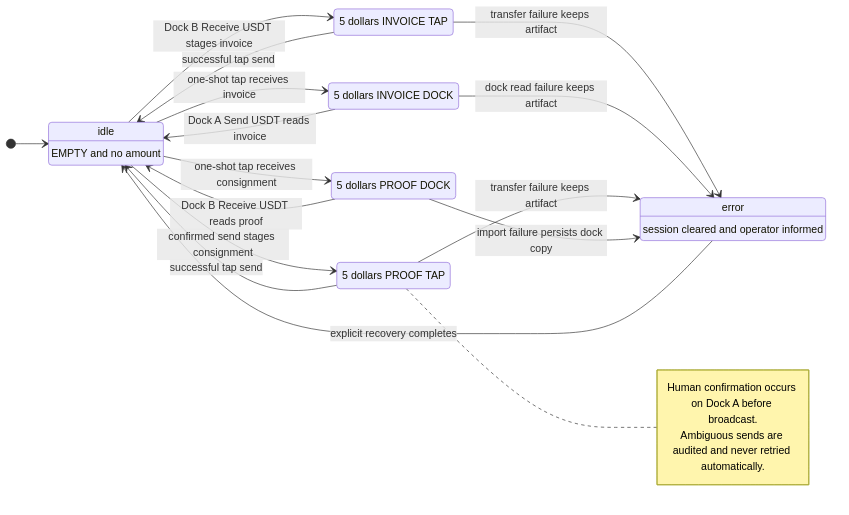
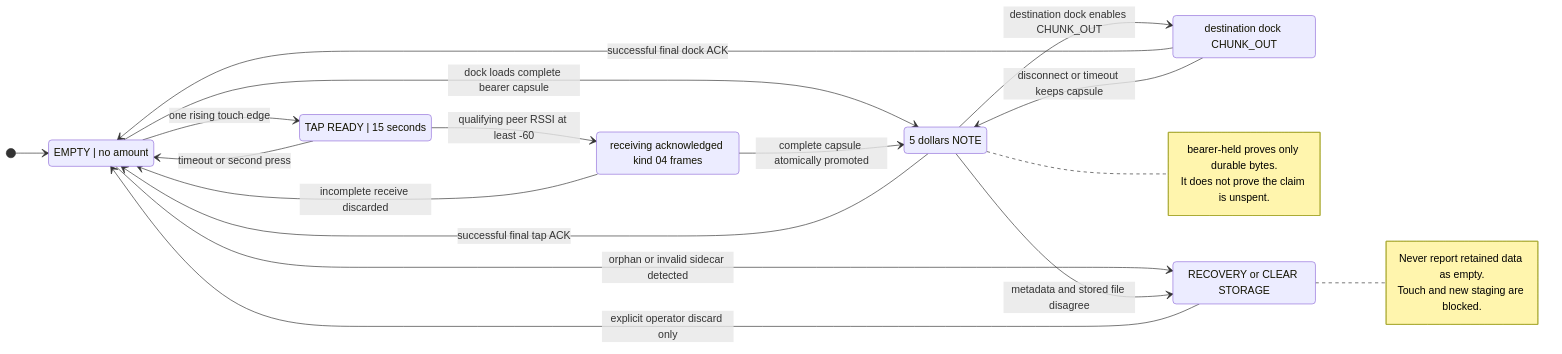
The diagram in docs/diagrams/src/04-bill-state-machine.mmd (EdwinKestler/bill), drawn with Mermaid before and after one commit. The commit also changed 76 other files, not shown here.

```diff
--- a/docs/diagrams/src/04-bill-state-machine.mmd
+++ b/docs/diagrams/src/04-bill-state-machine.mmd
@@ -1,31 +1,35 @@
 stateDiagram-v2
     direction LR
 
-    [*] --> Idle
-    Idle: idle
-    Idle: EMPTY and no amount
-    InvoiceOut: 5 dollars INVOICE TAP
-    InvoiceIn: 5 dollars INVOICE DOCK
-    ProofOut: 5 dollars PROOF TAP
-    ProofIn: 5 dollars PROOF DOCK
-    Error: error
-    Error: session cleared and operator informed
+    [*] --> Empty
+    Empty: EMPTY | no amount
+    BearerHeld: 5 dollars NOTE
+    Armed: TAP READY | 15 seconds
+    Receiving: receiving acknowledged kind 04 frames
+    Extracting: destination dock CHUNK_OUT
+    Recovery: RECOVERY or CLEAR STORAGE
 
-    Idle --> InvoiceOut: Dock B Receive USDT stages invoice
-    InvoiceOut --> Idle: successful tap send
-    Idle --> InvoiceIn: one-shot tap receives invoice
-    InvoiceIn --> Idle: Dock A Send USDT reads invoice
-    Idle --> ProofOut: confirmed send stages consignment
-    ProofOut --> Idle: successful tap send
-    Idle --> ProofIn: one-shot tap receives consignment
-    ProofIn --> Idle: Dock B Receive USDT reads proof
-    InvoiceOut --> Error: transfer failure keeps artifact
-    InvoiceIn --> Error: dock read failure keeps artifact
-    ProofOut --> Error: transfer failure keeps artifact
-    ProofIn --> Error: import failure persists dock copy
-    Error --> Idle: explicit recovery completes
+    Empty --> BearerHeld: dock loads complete bearer capsule
+    Empty --> Armed: one rising touch edge
+    Armed --> Receiving: qualifying peer RSSI at least -60
+    Armed --> Empty: timeout or second press
+    Receiving --> BearerHeld: complete capsule atomically promoted
+    Receiving --> Empty: incomplete receive discarded
+    BearerHeld --> Empty: successful final tap ACK
+    BearerHeld --> Extracting: destination dock enables CHUNK_OUT
+    Extracting --> Empty: successful final dock ACK
+    Extracting --> BearerHeld: disconnect or timeout keeps capsule
 
-    note right of ProofOut
-        Human confirmation occurs on Dock A before broadcast.
-        Ambiguous sends are audited and never retried automatically.
+    Empty --> Recovery: orphan or invalid sidecar detected
+    BearerHeld --> Recovery: metadata and stored file disagree
+    Recovery --> Empty: explicit operator discard only
+
+    note right of BearerHeld
+        bearer-held proves only durable bytes.
+        It does not prove the claim is unspent.
     end note
+
+    note right of Recovery
+        Never report retained data as empty.
+        Touch and new staging are blocked.
+    end note
```
